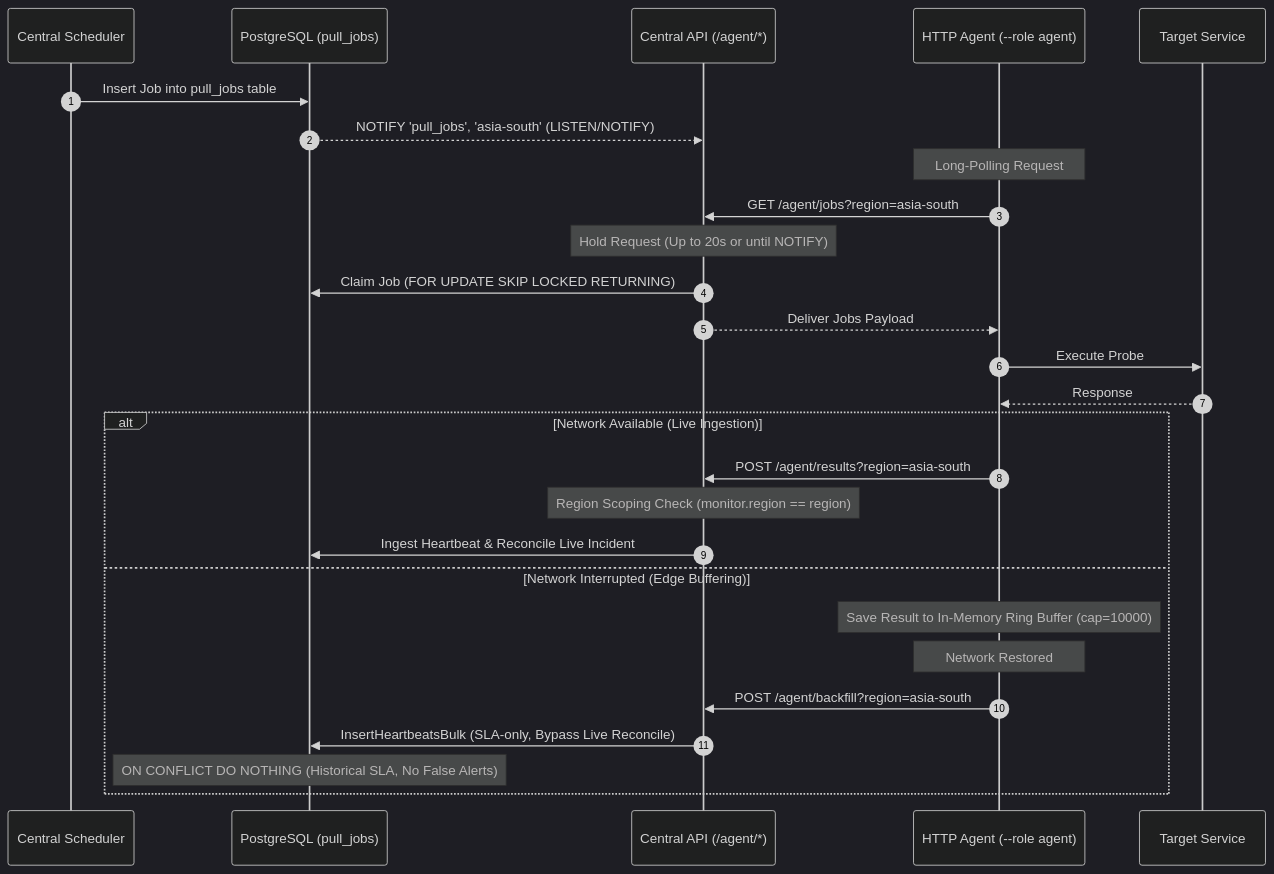
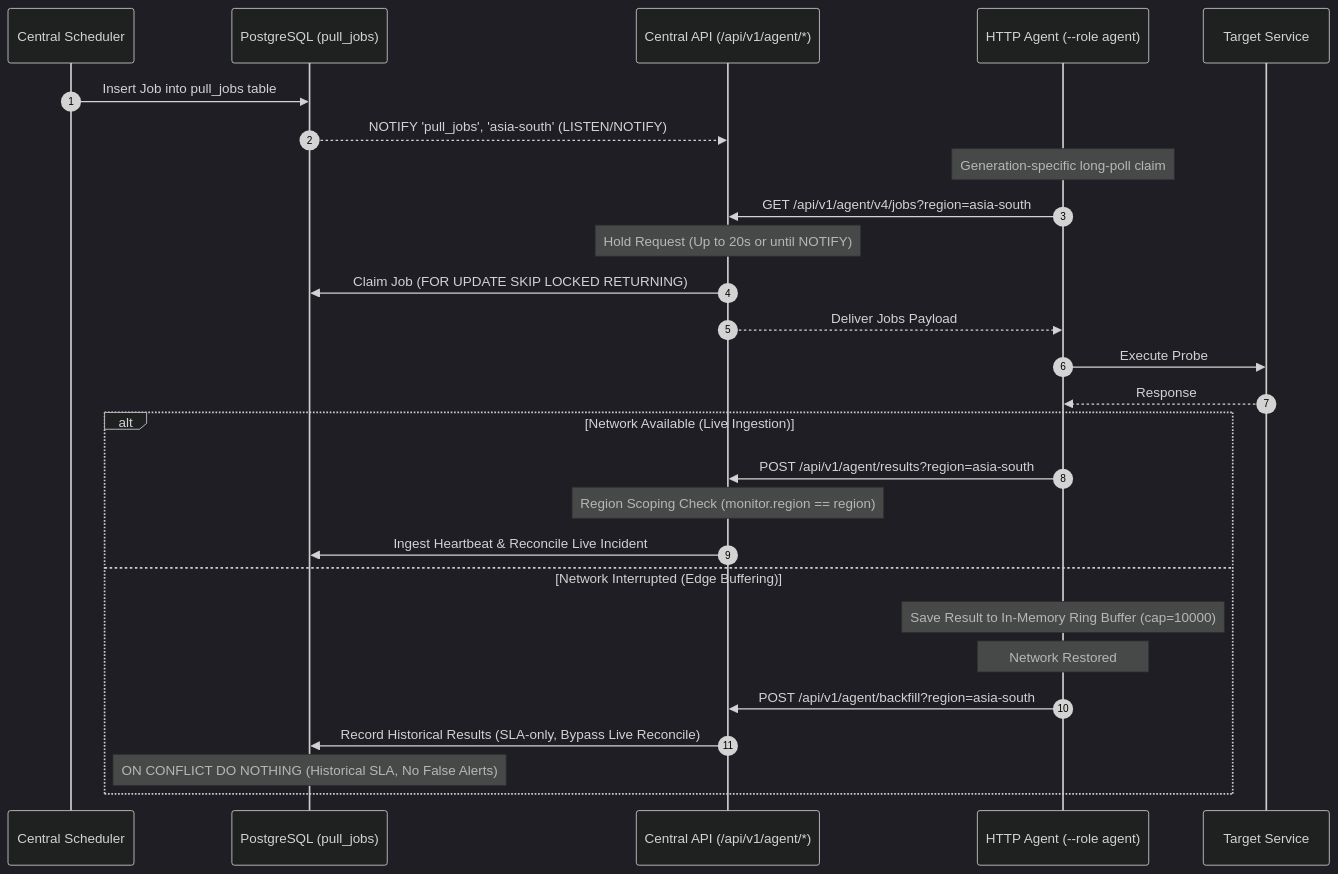
One commit to teamlead-com/cerbix changed the sixth of 9 diagrams in docs/architecture.md. Above: the diagram before and after it, drawn with Mermaid (dark theme). The commit also changed other lines of this file and 9 other files, not shown here.

Commit message:
docs: reconcile architecture and operator documentation

````diff
--- a/docs/architecture.md
+++ b/docs/architecture.md
@@ -181,33 +192,33 @@
 ```mermaid
 sequenceDiagram
     autonumber
     participant S as Central Scheduler
     participant DB as PostgreSQL (pull_jobs)
-    participant API as Central API (/agent/*)
+    participant API as Central API (/api/v1/agent/*)
     participant AG as HTTP Agent (--role agent)
     participant Target as Target Service
 
     S->>DB: Insert Job into pull_jobs table
     DB-->>API: NOTIFY 'pull_jobs', 'asia-south' (LISTEN/NOTIFY)
     
-    Note over AG: Long-Polling Request
-    AG->>API: GET /agent/jobs?region=asia-south
+    Note over AG: Generation-specific long-poll claim
+    AG->>API: GET /api/v1/agent/v4/jobs?region=asia-south
     Note over API: Hold Request (Up to 20s or until NOTIFY)
     API->>DB: Claim Job (FOR UPDATE SKIP LOCKED RETURNING)
     API-->>AG: Deliver Jobs Payload
     
     AG->>Target: Execute Probe
     Target-->>AG: Response
     
     alt Network Available (Live Ingestion)
-        AG->>API: POST /agent/results?region=asia-south
+        AG->>API: POST /api/v1/agent/results?region=asia-south
         Note over API: Region Scoping Check (monitor.region == region)
         API->>DB: Ingest Heartbeat & Reconcile Live Incident
     else Network Interrupted (Edge Buffering)
         Note over AG: Save Result to In-Memory Ring Buffer (cap=10000)
         Note over AG: Network Restored
-        AG->>API: POST /agent/backfill?region=asia-south
-        API->>DB: InsertHeartbeatsBulk (SLA-only, Bypass Live Reconcile)
+        AG->>API: POST /api/v1/agent/backfill?region=asia-south
+        API->>DB: Record Historical Results (SLA-only, Bypass Live Reconcile)
         Note over DB: ON CONFLICT DO NOTHING (Historical SLA, No False Alerts)
     end
 ```
````
